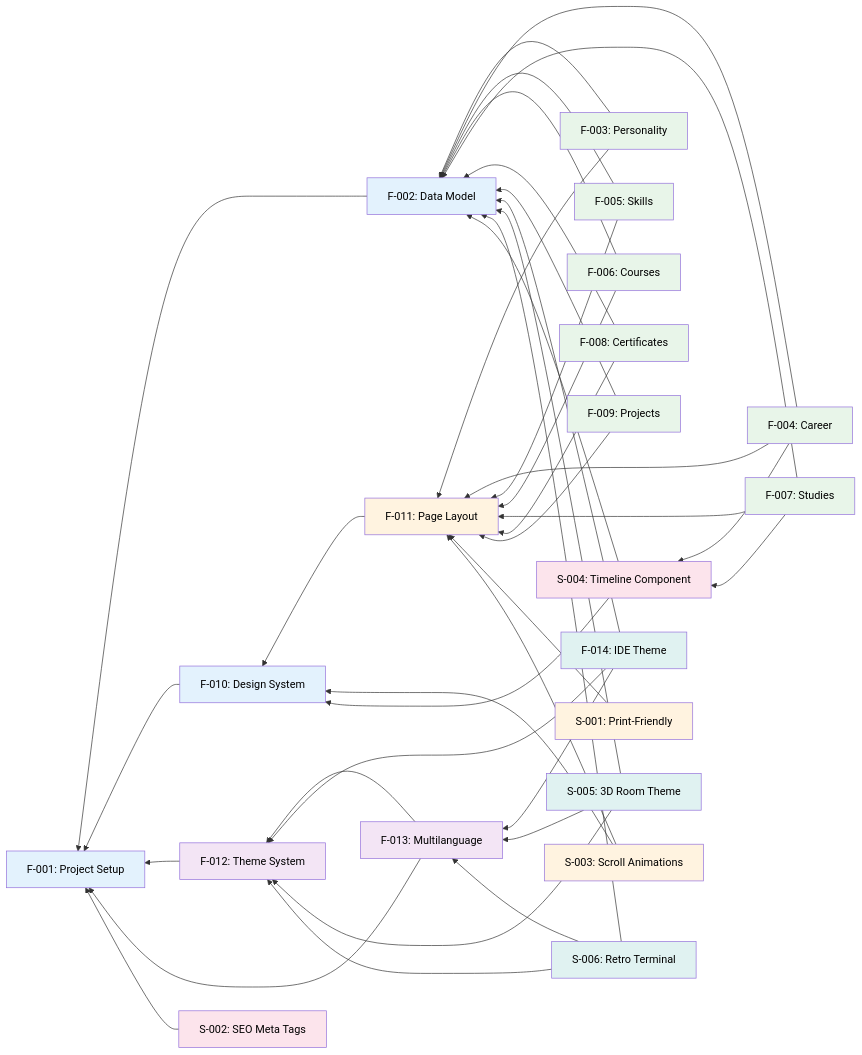
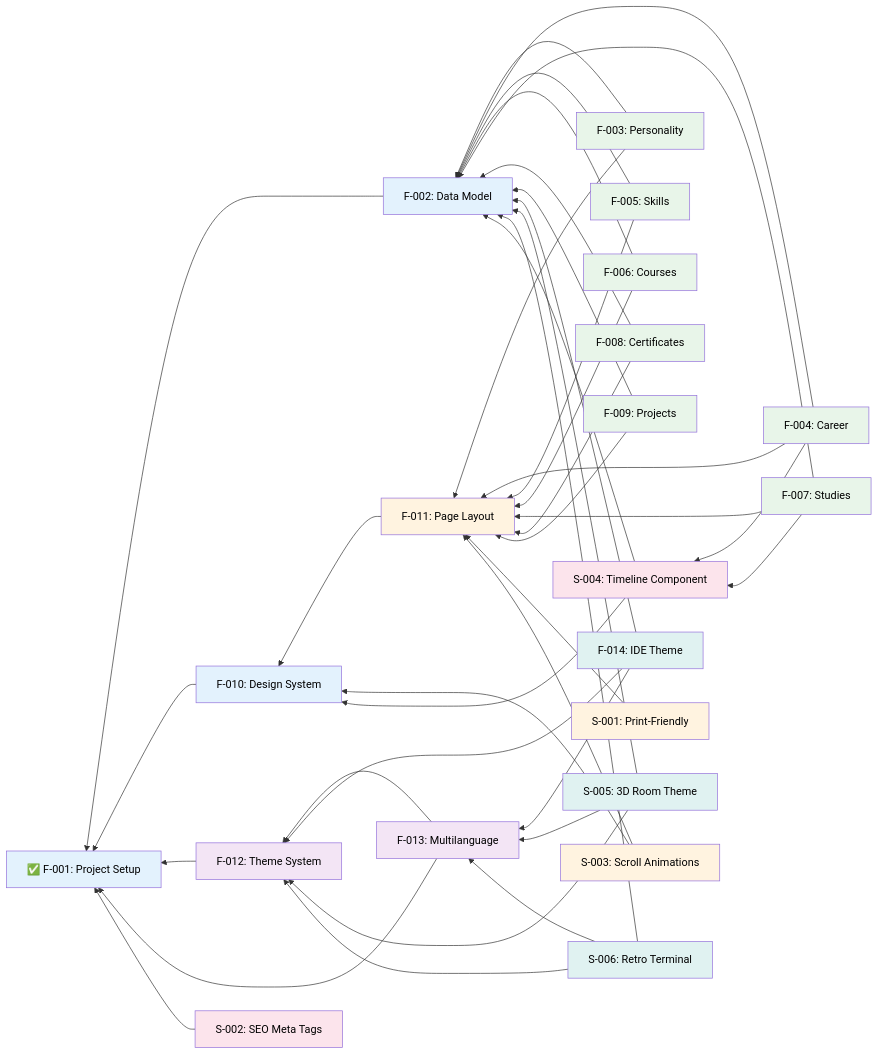
One commit to garcipat/cv-website changed the diagram in docs/Features.md. Above: the diagram before and after it, drawn with Mermaid. The commit also changed other lines of this file and 111 other files, not shown here.

````diff
--- a/docs/Features.md
+++ b/docs/Features.md
@@ -80,6 +80,6 @@
 ```mermaid
 graph RL
-    F001["F-001: Project Setup"]
+    F001["✅ F-001: Project Setup"]
     F002["F-002: Data Model"]
     F003["F-003: Personality"]
     F004["F-004: Career"]
@@ -151,7 +151,7 @@
     classDef themes fill:#e0f2f1,color:#000000
     classDef enhancements fill:#fce4ec,color:#000000
 
-    class F001 inProgress
+    class F001 done
     class F002,F003,F004,F005,F006,F007,F008,F009,F010,F011,F012,F013,F014 planned
     class S001,S002,S003,S004,S005,S006 planned
     class F001,F002,F010 projectSetup
````
